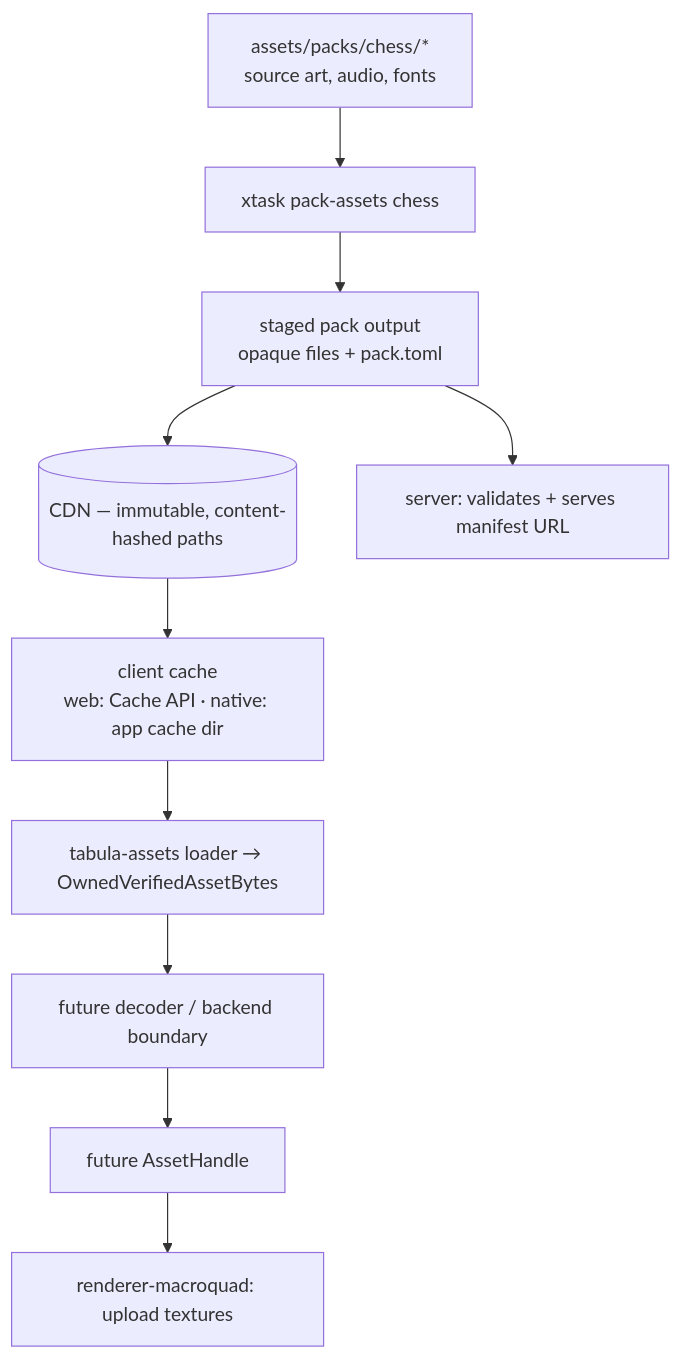
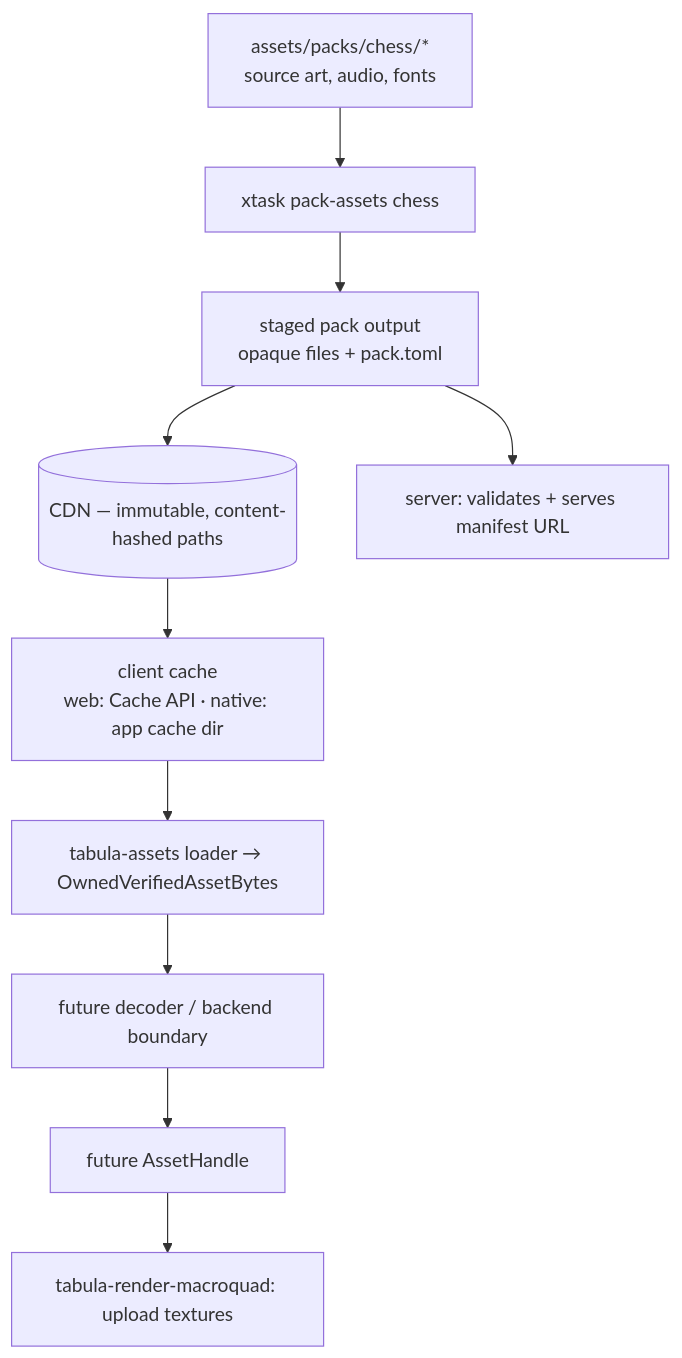
The sixth of 6 diagrams in docs/architecture/04-frontend-and-design-system.md (loveoverflowcom/tabula), drawn with Mermaid before and after one commit. The commit also changed other lines of this file and 34 other files, not shown here.

First line of the commit message:
refactor: prefix renderer crates with tabula-render

````diff
--- a/docs/architecture/04-frontend-and-design-system.md
+++ b/docs/architecture/04-frontend-and-design-system.md
@@ -1035,12 +1035,12 @@
 ```mermaid
 flowchart TB
     SRC["assets/packs/chess/*<br/>source art, audio, fonts"] --> BUILD["xtask pack-assets chess"]
     BUILD --> PACK["staged pack output<br/>opaque files + pack.toml"]
     PACK --> CDN[("CDN — immutable, content-hashed paths")]
     PACK --> SRV["server: validates + serves manifest URL"]
     CDN --> CACHE["client cache<br/>web: Cache API · native: app cache dir"]
     CACHE --> LOAD["tabula-assets loader → OwnedVerifiedAssetBytes"]
     LOAD --> DECODE["future decoder / backend boundary"]
     DECODE --> HANDLE["future AssetHandle"]
-    HANDLE --> REND["renderer-macroquad: upload textures"]
+    HANDLE --> REND["tabula-render-macroquad: upload textures"]
 ```
````
